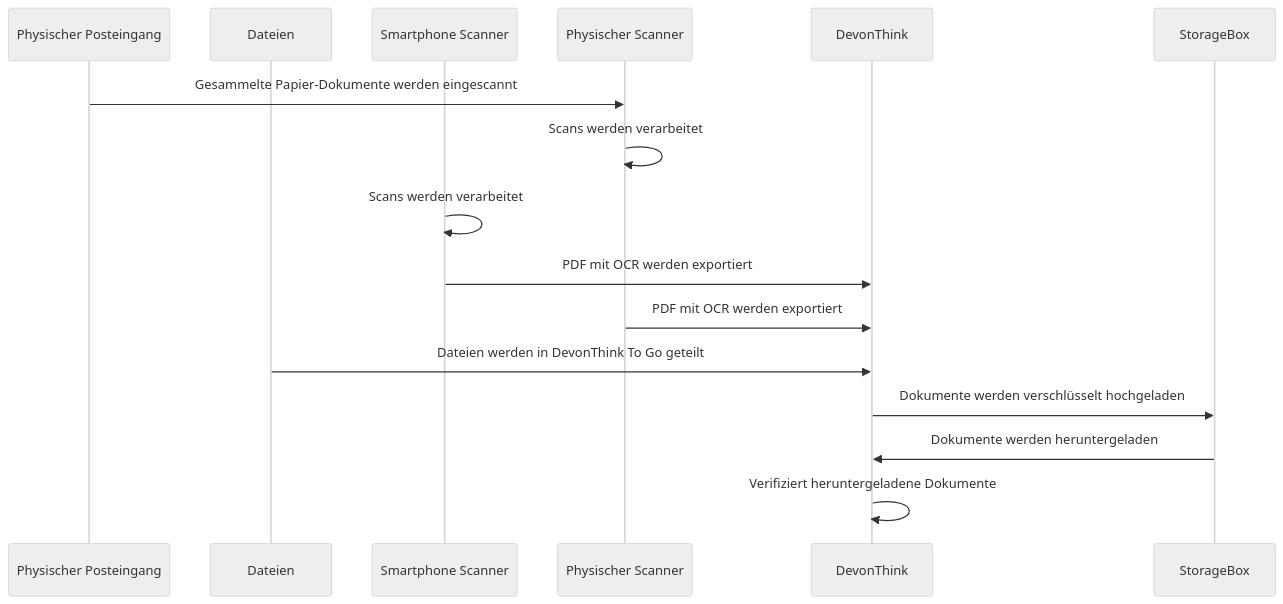
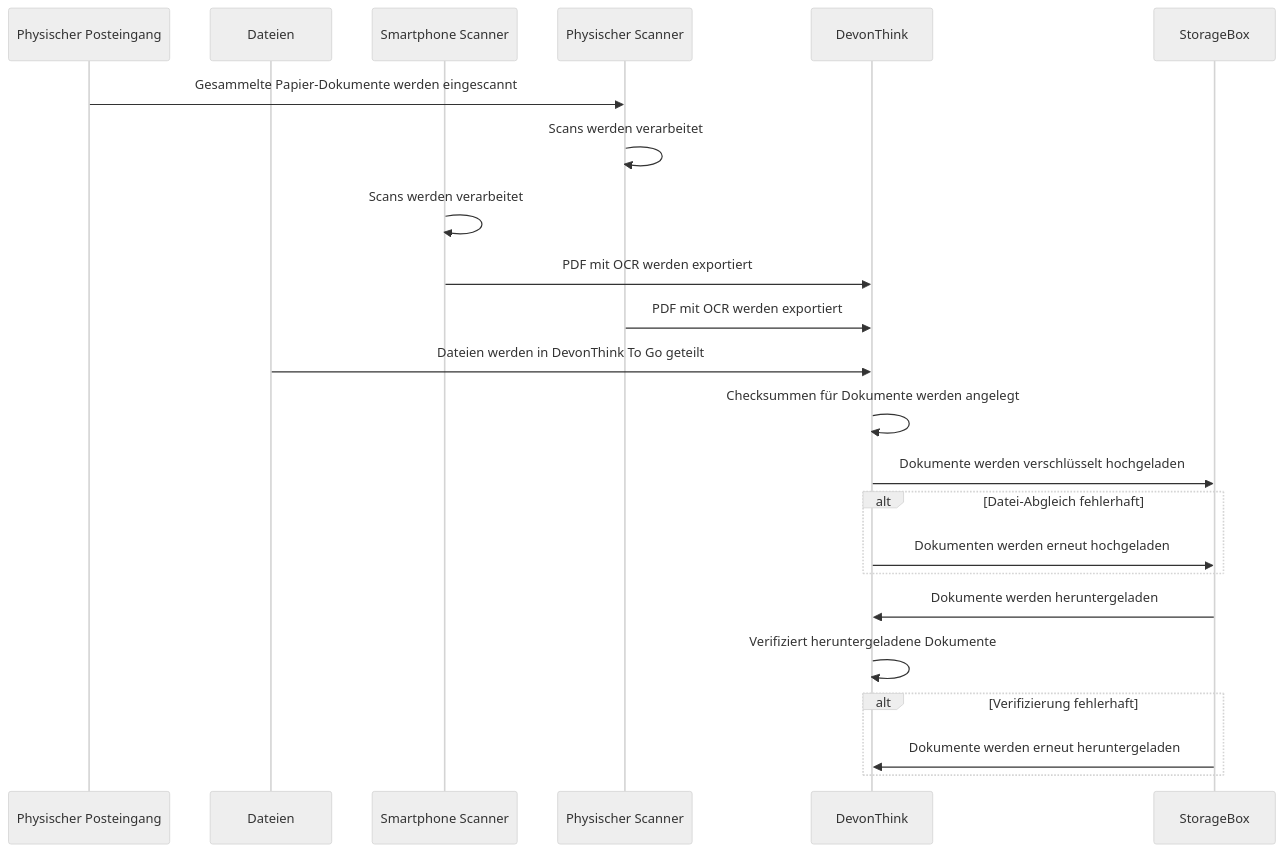
The second of 2 diagrams in docs/verteilung/HomeOffice/paperless-office.md (md42/arc42-website), drawn with Mermaid (neutral theme) before and after one commit.

Commit message:
Add checksums to paperless office

````diff
--- a/docs/verteilung/HomeOffice/paperless-office.md
+++ b/docs/verteilung/HomeOffice/paperless-office.md
@@ -61,21 +61,29 @@
 ```mermaid
 sequenceDiagram
     participant i as Physischer Posteingang
     participant p as Dateien
     participant r as Smartphone Scanner
     participant s as Physischer Scanner
     participant d as DevonThink
     participant f as StorageBox
 
     i ->> s: Gesammelte Papier-Dokumente werden eingescannt
     s ->> s: Scans werden verarbeitet
     r ->> r: Scans werden verarbeitet
     r ->> d: PDF mit OCR werden exportiert
     s ->> d: PDF mit OCR werden exportiert
     p ->> d: Dateien werden in DevonThink To Go geteilt
+    d ->> d: Checksummen für Dokumente werden angelegt
     d ->> f: Dokumente werden verschlüsselt hochgeladen
+    alt Datei-Abgleich fehlerhaft
+        d ->> f: Dokumenten werden erneut hochgeladen
+    end
 
     f ->> d: Dokumente werden heruntergeladen
     d ->> d: Verifiziert heruntergeladene Dokumente
 
+    alt Verifizierung fehlerhaft
+        f ->> d: Dokumente werden erneut heruntergeladen
+    end
+        
 ```
````
